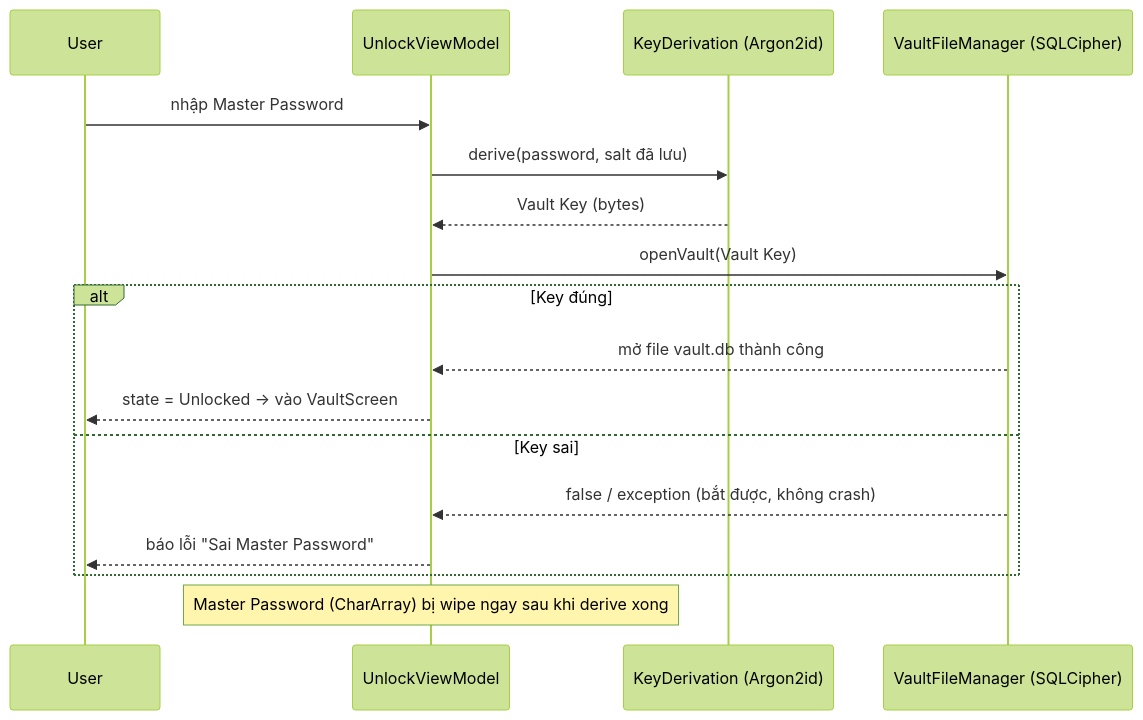
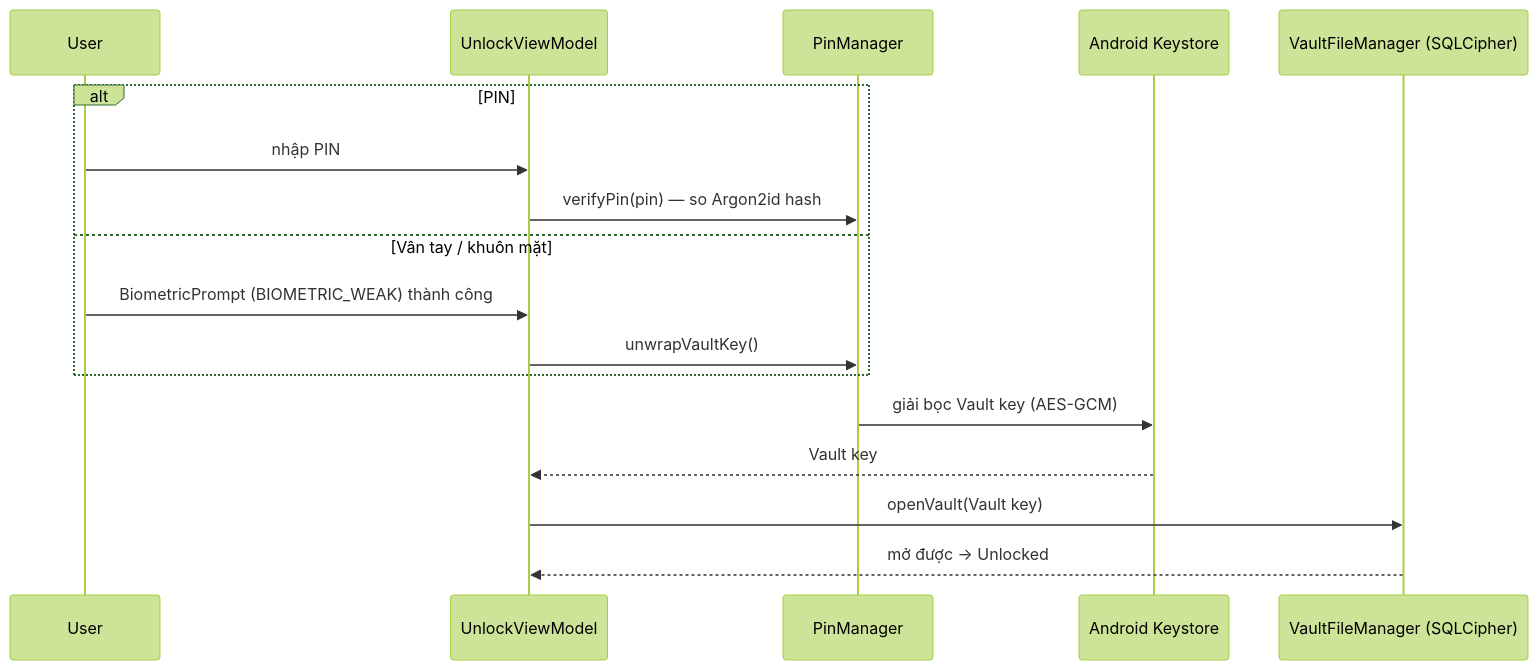
Before and after one commit to danhbuidcn/password-vault-android: the second of 3 diagrams in docs/flow.md, drawn with Mermaid (forest theme). The commit also changed other lines of this file and 40 other files, not shown here.

First line of the commit message:
feat: PIN-only unlock with biometric, CSV-only export/import

````diff
--- a/docs/flow.md
+++ b/docs/flow.md
@@ -42,20 +40,20 @@
 ```mermaid
 sequenceDiagram
     participant U as User
     participant VM as UnlockViewModel
-    participant KD as KeyDerivation (Argon2id)
+    participant PM as PinManager
+    participant KS as Android Keystore
     participant VF as VaultFileManager (SQLCipher)
 
-    U->>VM: nhập Master Password
-    VM->>KD: derive(password, salt đã lưu)
-    KD-->>VM: Vault Key (bytes)
-    VM->>VF: openVault(Vault Key)
-    alt Key đúng
-        VF-->>VM: mở file vault.db thành công
-        VM-->>U: state = Unlocked → vào VaultScreen
-    else Key sai
-        VF-->>VM: false / exception (bắt được, không crash)
-        VM-->>U: báo lỗi "Sai Master Password"
+    alt PIN
+        U->>VM: nhập PIN
+        VM->>PM: verifyPin(pin) — so Argon2id hash
+    else Vân tay / khuôn mặt
+        U->>VM: BiometricPrompt (BIOMETRIC_WEAK) thành công
+        VM->>PM: unwrapVaultKey()
     end
-    Note over VM: Master Password (CharArray) bị wipe ngay sau khi derive xong
+    PM->>KS: giải bọc Vault key (AES-GCM)
+    KS-->>VM: Vault key
+    VM->>VF: openVault(Vault key)
+    VF-->>VM: mở được → Unlocked
 ```
````
